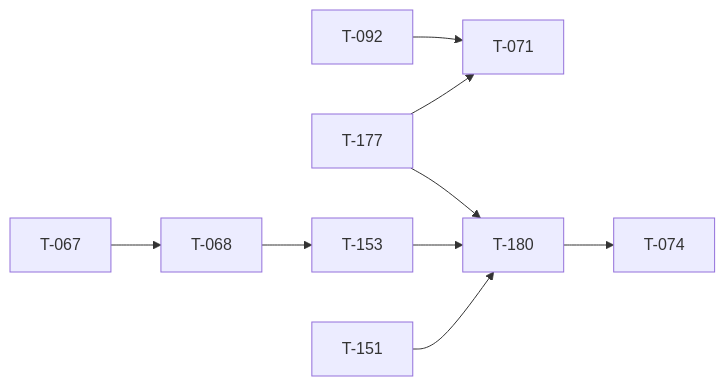
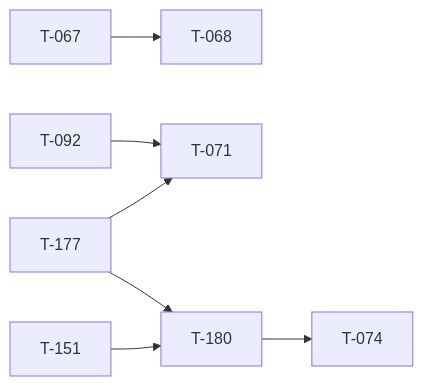
Before and after one commit to darkforce09/TBD-reforger: the diagram in docs/TICKET_LEAD.md, drawn with Mermaid. The commit also changed other lines of this file and 9 other files, not shown here.

````diff
--- a/docs/TICKET_LEAD.md
+++ b/docs/TICKET_LEAD.md
@@ -32,11 +31,9 @@
 ```mermaid
 flowchart LR
   T067[T-067] --> T068[T-068]
   T092[T-092] --> T071[T-071]
   T177[T-177] --> T071[T-071]
   T180[T-180] --> T074[T-074]
-  T068[T-068] --> T153[T-153]
   T177[T-177] --> T180[T-180]
-  T153[T-153] --> T180[T-180]
   T151[T-151] --> T180[T-180]
 ```
````
